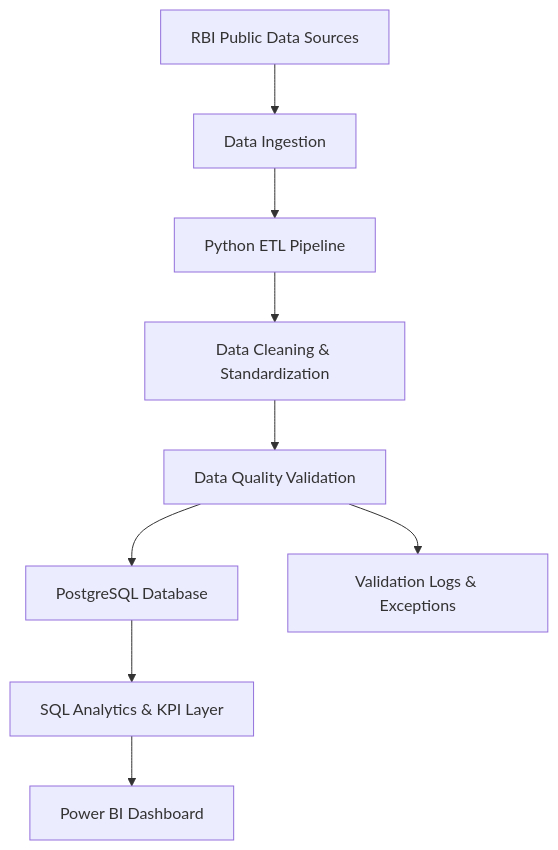
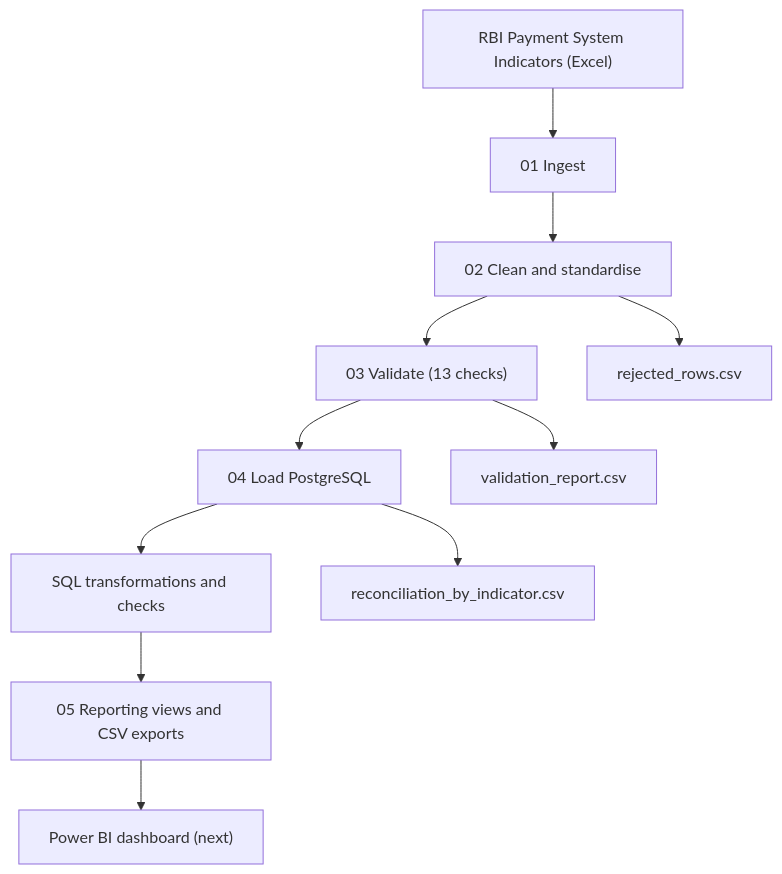
One commit to adiii-dhande/rbi-payments-analytics changed the diagram in README.md. Above: the diagram before and after it, drawn with Mermaid. The commit also changed other lines of this file and 4 other files, not shown here.

````diff
--- a/README.md
+++ b/README.md
@@ -51,11 +44,13 @@
 ```mermaid
 flowchart TD
-    A["RBI Public Data Sources"] --> B["Data Ingestion"]
-    B --> C["Python ETL Pipeline"]
-    C --> D["Data Cleaning & Standardization"]
-    D --> E["Data Quality Validation"]
-    E --> F["PostgreSQL Database"]
-    F --> G["SQL Analytics & KPI Layer"]
-    G --> H["Power BI Dashboard"]
-    E --> I["Validation Logs & Exceptions"]
+    A["RBI Payment System Indicators (Excel)"] --> B["01 Ingest"]
+    B --> C["02 Clean and standardise"]
+    C --> D["03 Validate (13 checks)"]
+    D --> E["04 Load PostgreSQL"]
+    E --> F["SQL transformations and checks"]
+    F --> G["05 Reporting views and CSV exports"]
+    G --> H["Power BI dashboard (next)"]
+    D --> I["validation_report.csv"]
+    C --> J["rejected_rows.csv"]
+    E --> K["reconciliation_by_indicator.csv"]
 ```
````
